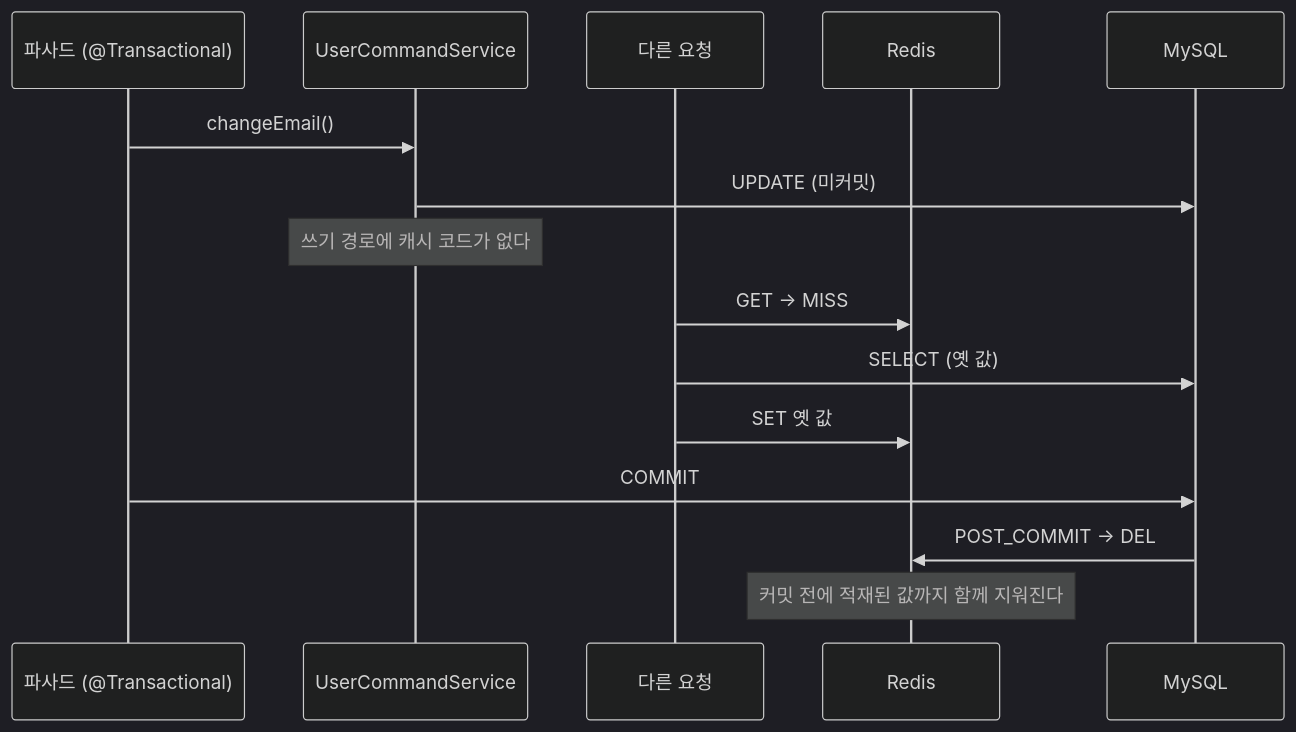
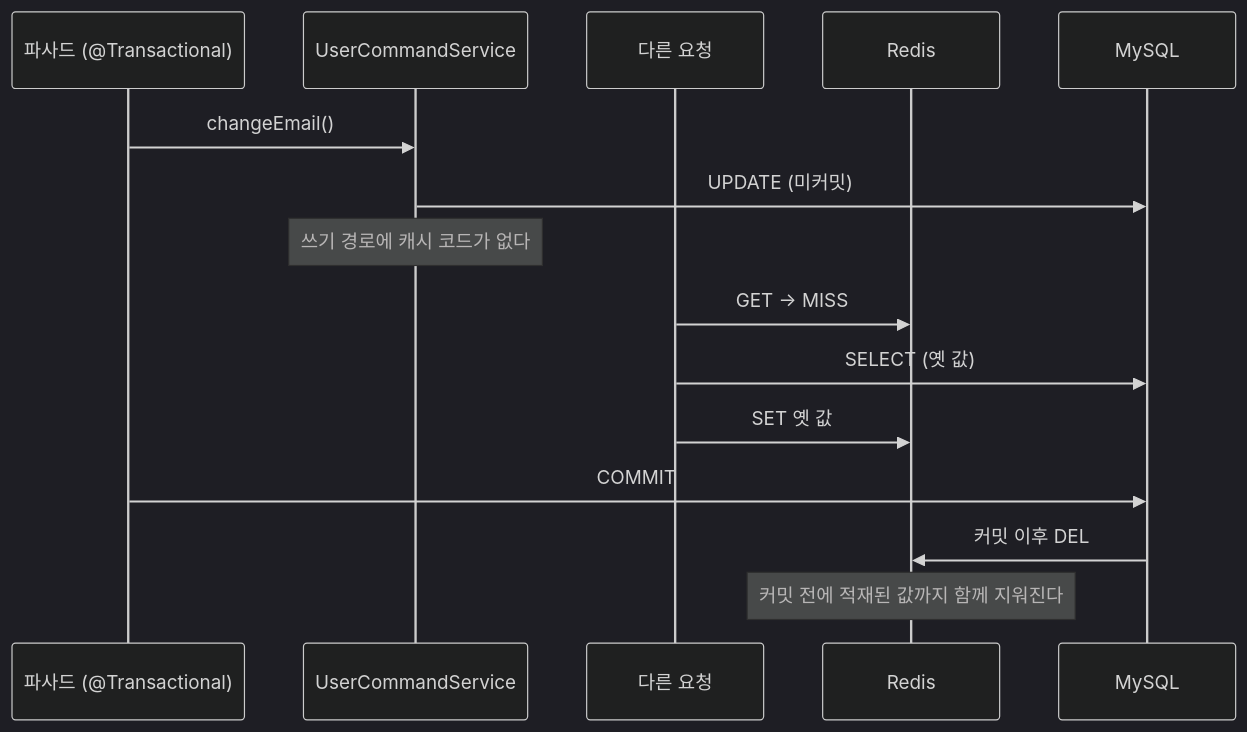
The second of 3 diagrams in spring-cache/cache-invalidation-strategy/write-invalidate/README.md (gmoon92/toy), drawn with Mermaid (dark theme) before and after one commit. The commit also changed other lines of this file and 37 other files, not shown here.

````diff
--- a/spring-cache/cache-invalidation-strategy/write-invalidate/README.md
+++ b/spring-cache/cache-invalidation-strategy/write-invalidate/README.md
@@ -68,18 +68,18 @@
 ```mermaid
 sequenceDiagram
     participant F as 파사드 (@Transactional)
     participant W as UserCommandService
     participant R as 다른 요청
     participant C as Redis
     participant D as MySQL
 
     F->>W: changeEmail()
     W->>D: UPDATE (미커밋)
     Note over W: 쓰기 경로에 캐시 코드가 없다
     R->>C: GET → MISS
     R->>D: SELECT (옛 값)
     R->>C: SET 옛 값
     F->>D: COMMIT
-    D->>C: POST_COMMIT → DEL
+    D->>C: 커밋 이후 DEL
     Note over C: 커밋 전에 적재된 값까지 함께 지워진다
 ```
````
